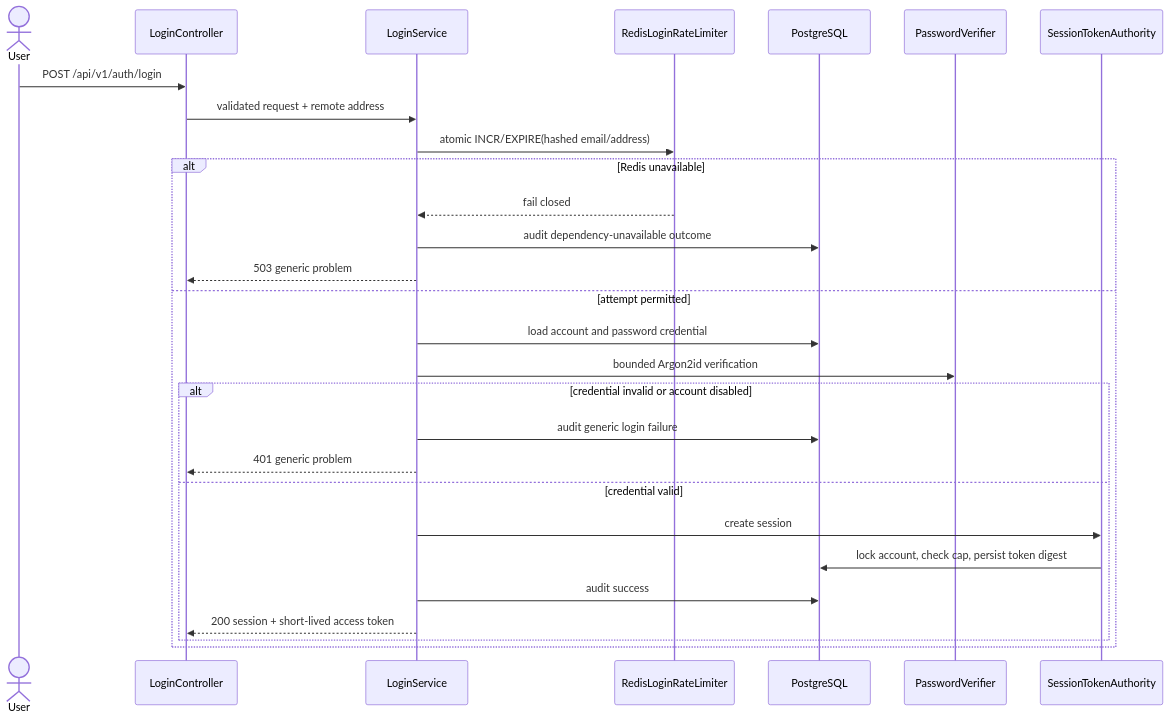
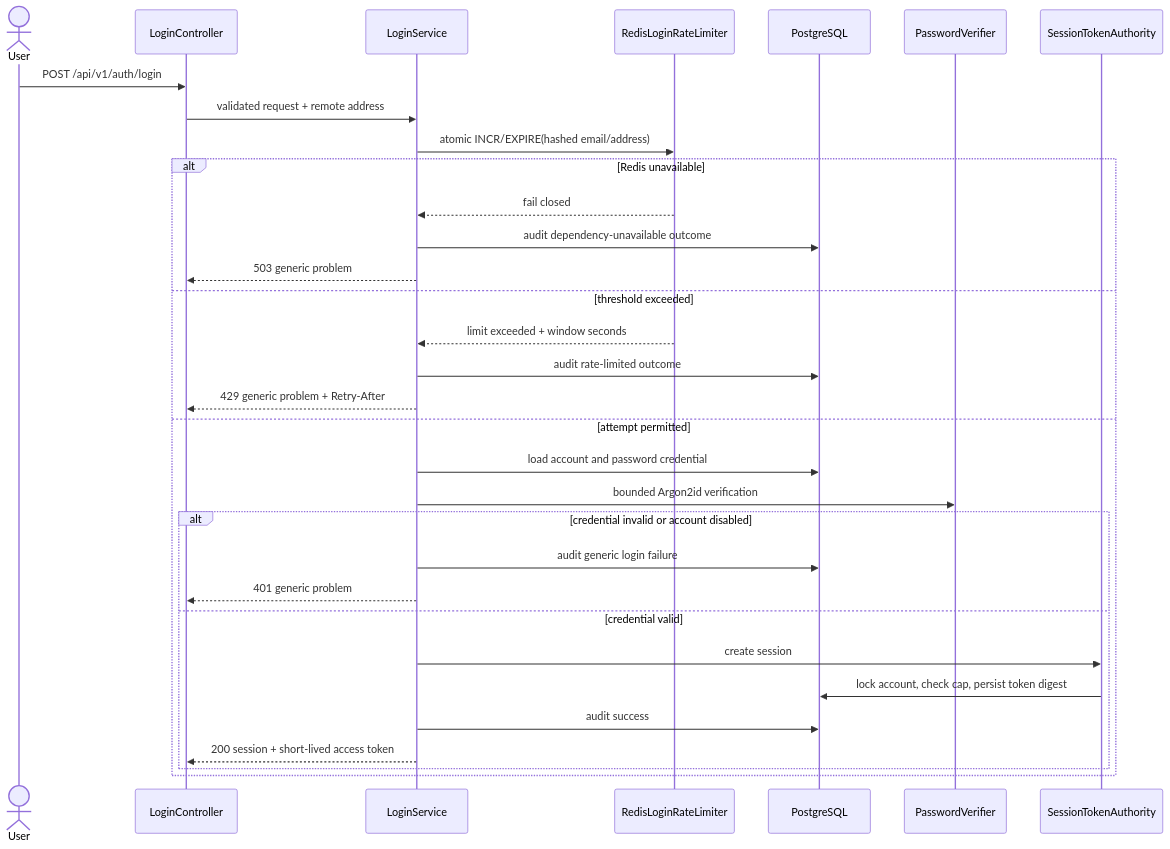
The second of 4 diagrams in docs/diagrams/identity-login.md (tdespenza/lifeos), drawn with Mermaid before and after one commit. The commit also changed other lines of this file and 21 other files, not shown here.

````diff
--- a/docs/diagrams/identity-login.md
+++ b/docs/diagrams/identity-login.md
@@ -30,30 +30,34 @@
 ```mermaid
 sequenceDiagram
     actor User
     participant API as LoginController
     participant App as LoginService
     participant Redis as RedisLoginRateLimiter
     participant DB as PostgreSQL
     participant Argon as PasswordVerifier
     participant Authority as SessionTokenAuthority
     User->>API: POST /api/v1/auth/login
     API->>App: validated request + remote address
     App->>Redis: atomic INCR/EXPIRE(hashed email/address)
     alt Redis unavailable
         Redis-->>App: fail closed
         App->>DB: audit dependency-unavailable outcome
         App-->>API: 503 generic problem
+    else threshold exceeded
+        Redis-->>App: limit exceeded + window seconds
+        App->>DB: audit rate-limited outcome
+        App-->>API: 429 generic problem + Retry-After
     else attempt permitted
         App->>DB: load account and password credential
         App->>Argon: bounded Argon2id verification
         alt credential invalid or account disabled
             App->>DB: audit generic login failure
             App-->>API: 401 generic problem
         else credential valid
             App->>Authority: create session
             Authority->>DB: lock account, check cap, persist token digest
             App->>DB: audit success
             App-->>API: 200 session + short-lived access token
         end
     end
 ```
````
